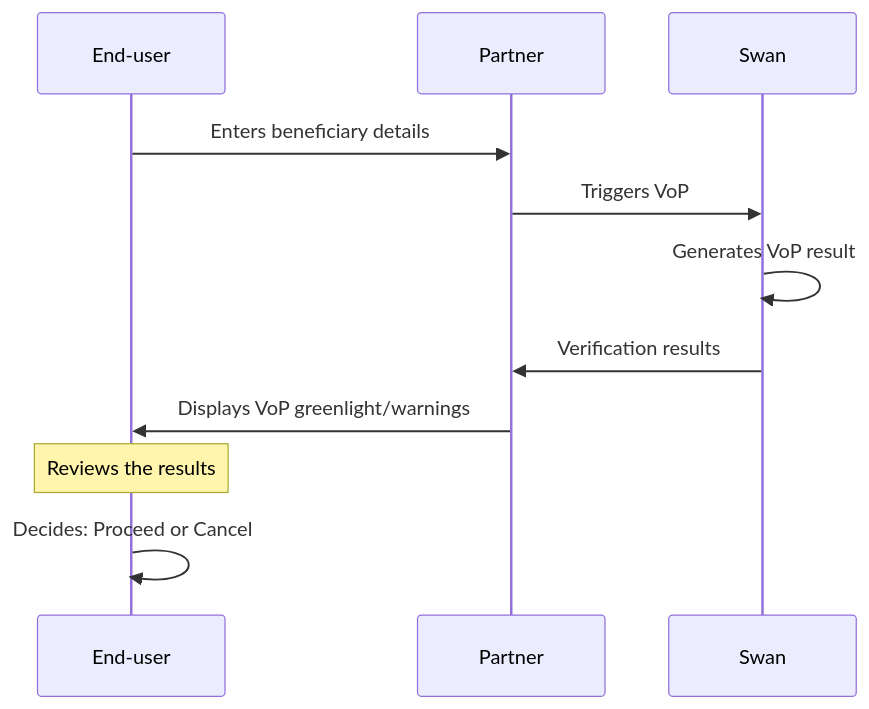
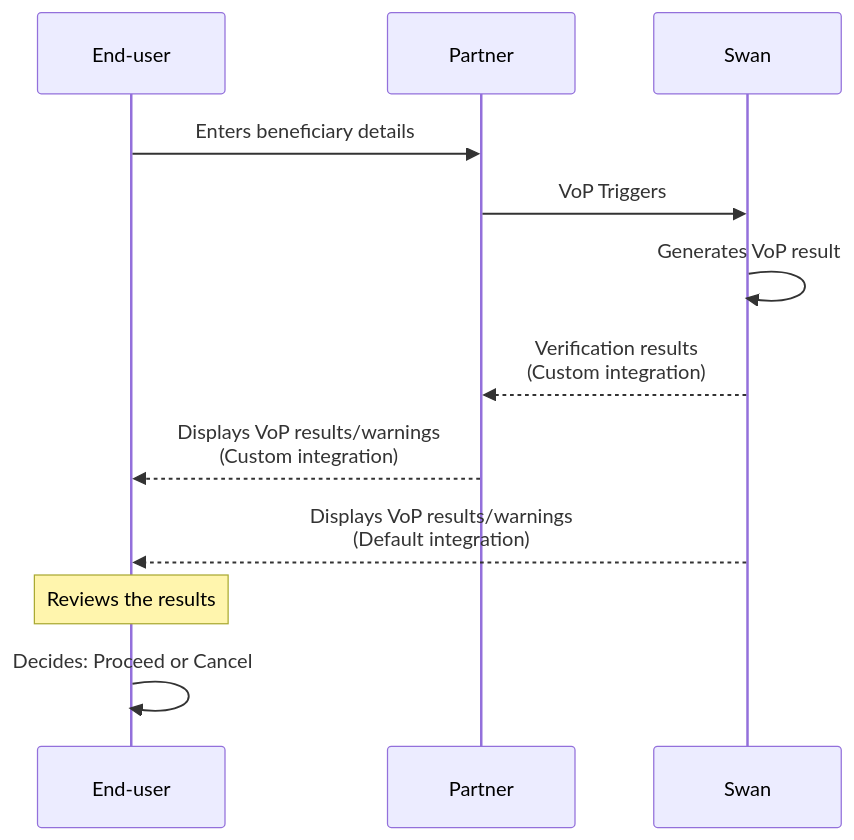
Before and after one commit to swan-io/docs: the first of 3 diagrams in docs/topics/payments/credit-transfers/sepa/verification-of-payee.mdx, drawn with Mermaid.

Commit message:
High-level diagram update

````diff
--- a/docs/topics/payments/credit-transfers/sepa/verification-of-payee.mdx
+++ b/docs/topics/payments/credit-transfers/sepa/verification-of-payee.mdx
@@ -56,42 +56,43 @@
 ```mermaid
 sequenceDiagram
     participant EU as End-user
     participant P as Partner
     participant S as Swan
 
     EU->>P: Enters beneficiary details
-    P->>S: Triggers VoP
+    P->>S: VoP Triggers
     S->>S: Generates VoP result
-    S->>P: Verification results
-    P->>EU: Displays VoP greenlight/warnings
+    S-->>P: Verification results<br/>(Custom integration)
+    P-->>EU: Displays VoP results/warnings<br/>(Custom integration)
+    S-->>EU: Displays VoP results/warnings<br/>(Default integration)
 
     Note over EU: Reviews the results
 
     EU->>EU: Decides: Proceed or Cancel
 
     %%{init: {
         'theme': 'base',
         'themeVariables': {
             'primaryColor': '#6240b5',
             'primaryTextColor': '#271a48',
             'primaryBorderColor': '#4e3391',
             'lineColor': '#a18cd3',
             'secondaryColor': '#f8f7fc',
             'tertiaryColor': '#ffffff',
             'background': '#ffffff',
             'mainBkg': '#ffffff',
             'secondBkg': '#f8f7fc',
             'tertiaryBkg': '#6240b5',
             'activationBorderColor': '#4e3391',
             'activationBkgColor': '#c0b3e1',
             'sequenceNumberColor': '#ffffff',
             'sectionBkgColor': '#f8f7fc',
             'altSectionBkgColor': '#ffffff',
             'gridColor': '#e5e7eb',
             'disabledBkgColor': '#f3f4f6',
             'disabledTextColor': '#9ca3af',
             'fontSize': '16px',
             'fontFamily': '"Inter", "Segoe UI", system-ui, sans-serif'
         }
     }}%%
 ```
````
